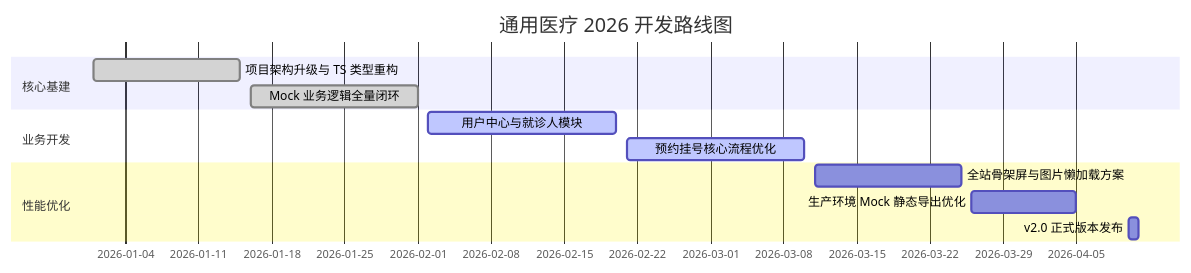
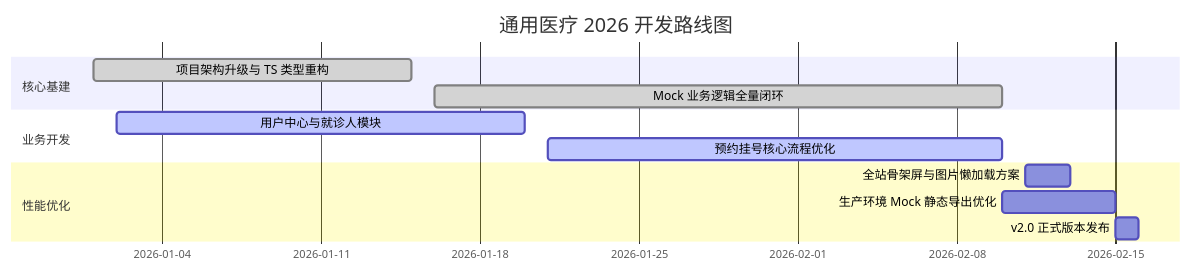
The second of 2 diagrams in README.md (214572qa/universal-medical), drawn with Mermaid before and after one commit.

Commit message:
更新 README.md

````diff
--- a/README.md
+++ b/README.md
@@ -333,15 +333,15 @@
 ```mermaid
 gantt
     title 通用医疗 2026 开发路线图
     dateFormat  YYYY-MM-DD
     section 核心基建
     项目架构升级与 TS 类型重构    :done,    des1, 2026-01-01, 2026-01-15
-    Mock 业务逻辑全量闭环         :done,    des2, 2026-01-16, 2026-02-01
+    Mock 业务逻辑全量闭环         :done,    des2, 2026-01-16, 2026-02-10
     section 业务开发
-    用户中心与就诊人模块         :active,  des3, 2026-02-02, 2026-02-20
-    预约挂号核心流程优化         :active,  des4, 2026-02-21, 2026-03-10
+    用户中心与就诊人模块         :active,  des3, 2026-01-02, 2026-01-20
+    预约挂号核心流程优化         :active,  des4, 2026-01-21, 2026-02-10
     section 性能优化
-    全站骨架屏与图片懒加载方案    :         des6, 2026-03-11, 2026-03-25
-    生产环境 Mock 静态导出优化    :         des7, 2026-03-26, 2026-04-05
-    v2.0 正式版本发布            :         des8, 2026-04-10, 1d
+    全站骨架屏与图片懒加载方案    :         des6, 2026-02-11, 2026-02-13
+    生产环境 Mock 静态导出优化    :         des7, 2026-02-10, 2026-02-15
+    v2.0 正式版本发布            :         des8, 2026-02-15, 1d
 ```
````
